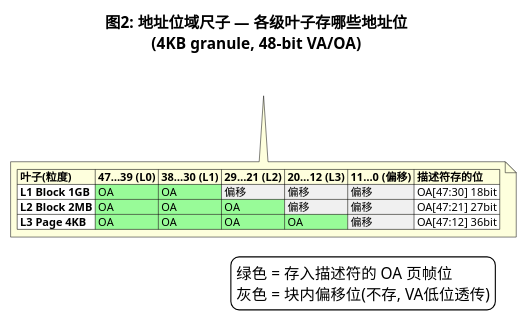
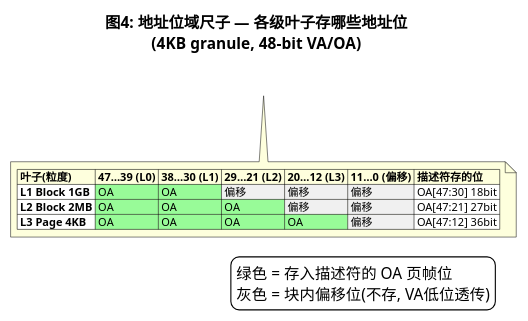
One commit to AkiraZheng/AkiraZheng.github.io changed the fourth of 12 diagrams in source/_posts/ARM64-BBML源码分析-BBML0-BBML3.md. Above: the diagram before and after it, drawn with PlantUML. The commit also changed other lines of this file and 10 other files, not shown here.

````diff
--- a/source/_posts/ARM64-BBML源码分析-BBML0-BBML3.md
+++ b/source/_posts/ARM64-BBML源码分析-BBML0-BBML3.md
@@ -196,24 +386,24 @@
 ```plantuml
 @startuml
 skinparam backgroundColor white
 skinparam defaultFontSize 10
 skinparam rectangle {
   BackgroundColor #FFFFFF
   BorderColor #FFFFFF
 }
-title 图2: 地址位域尺子 — 各级叶子存哪些地址位\n(4KB granule, 48-bit VA/OA)
+title 图4: 地址位域尺子 — 各级叶子存哪些地址位\n(4KB granule, 48-bit VA/OA)
 
 rectangle " " as R
 note bottom of R
 |= 叶子(粒度) |= 47…39 (L0) |= 38…30 (L1) |= 29…21 (L2) |= 20…12 (L3) |= 11…0 (偏移) |= 描述符存的位 |
 |<#FFFFFF> **L1 Block 1GB** |<#PaleGreen> OA |<#PaleGreen> OA |<#F0F0F0> 偏移 |<#F0F0F0> 偏移 |<#F0F0F0> 偏移 |<#FFFFFF> OA[47:30] 18bit |
 |<#FFFFFF> **L2 Block 2MB** |<#PaleGreen> OA |<#PaleGreen> OA |<#PaleGreen> OA |<#F0F0F0> 偏移 |<#F0F0F0> 偏移 |<#FFFFFF> OA[47:21] 27bit |
 |<#FFFFFF> **L3 Page 4KB** |<#PaleGreen> OA |<#PaleGreen> OA |<#PaleGreen> OA |<#PaleGreen> OA |<#F0F0F0> 偏移 |<#FFFFFF> OA[47:12] 36bit |
 end note
 
 legend right
 绿色 = 存入描述符的 OA 页帧位
 灰色 = 块内偏移位(不存, VA低位透传)
 endlegend
 @enduml
 ```
````
